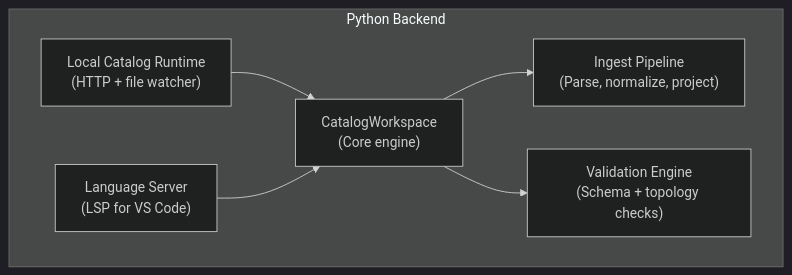
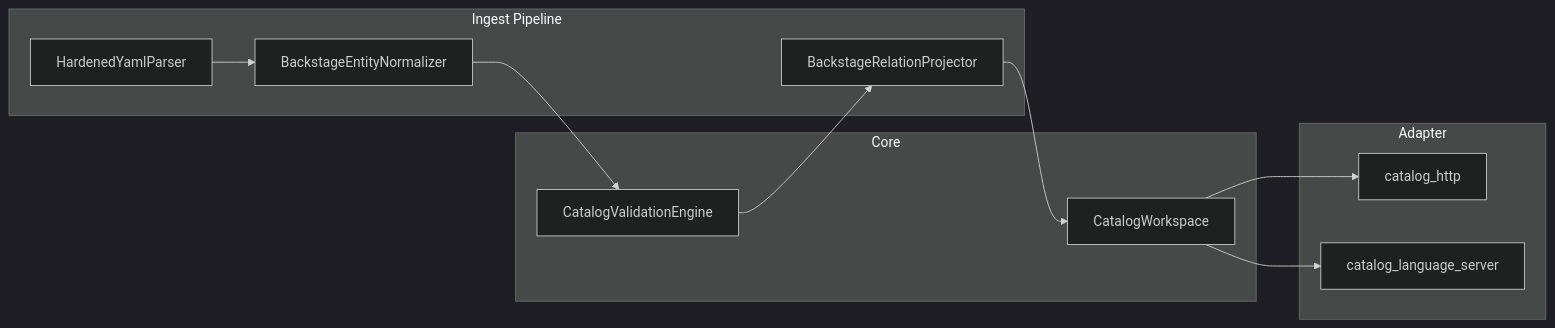
Before and after one commit to nthaihoc/cortex-ml: the diagram in docs/backend/index.md, drawn with Mermaid (dark theme). The commit also changed other lines of this file and 57 other files, not shown here.

````diff
--- a/docs/backend/index.md
+++ b/docs/backend/index.md
@@ -10,16 +10,22 @@
 ```mermaid
-flowchart TD
-    subgraph BACKEND["Python Backend"]
-        CW["CatalogWorkspace\n(Core engine)"]
-        IP["Ingest Pipeline\n(Parse, normalize, project)"]
-        VE["Validation Engine\n(Schema + topology checks)"]
-        LC["Local Catalog Runtime\n(HTTP + file watcher)"]
-        LS["Language Server\n(LSP for VS Code)"]
-
-        LC --> CW
-        LS --> CW
-        CW --> IP
-        CW --> VE
+flowchart LR
+    subgraph Core["Core"]
+        WS["CatalogWorkspace"]
+        VE["CatalogValidationEngine"]
     end
 
+    subgraph Ingest["Ingest Pipeline"]
+        P["HardenedYamlParser"]
+        N["BackstageEntityNormalizer"]
+        R["BackstageRelationProjector"]
+    end
+
+    subgraph Adapter["Adapter"]
+        HTTP["catalog_http"]
+        LSP["catalog_language_server"]
+    end
+
+    P --> N --> VE --> R --> WS
+    WS --> HTTP
+    WS --> LSP
 ```
````
